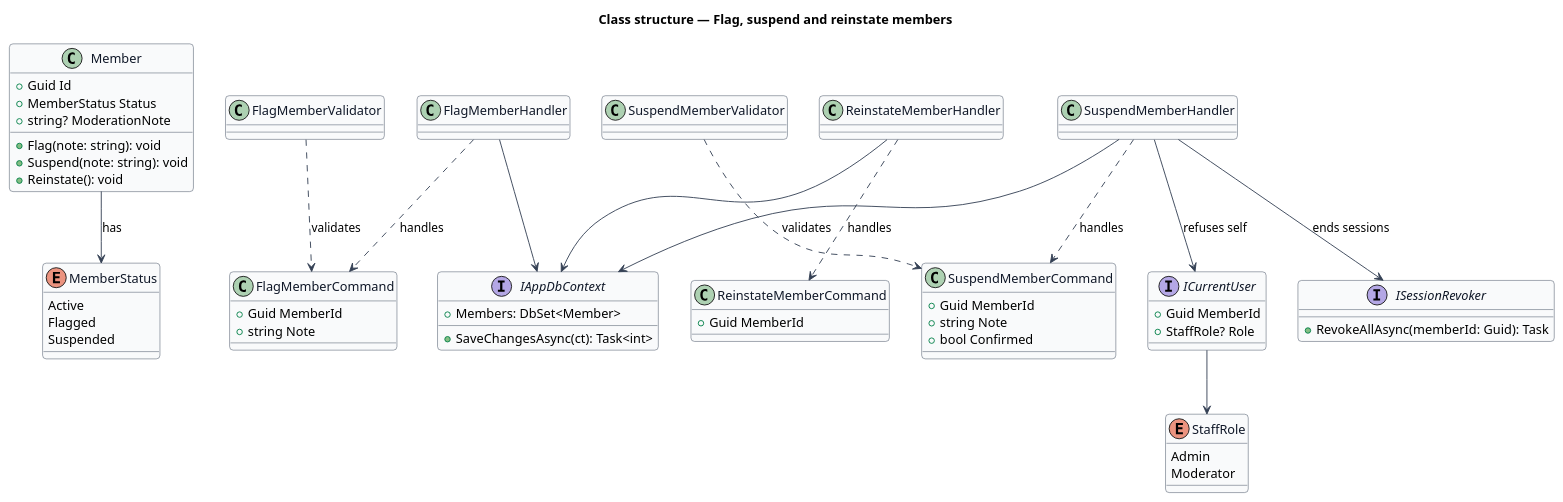
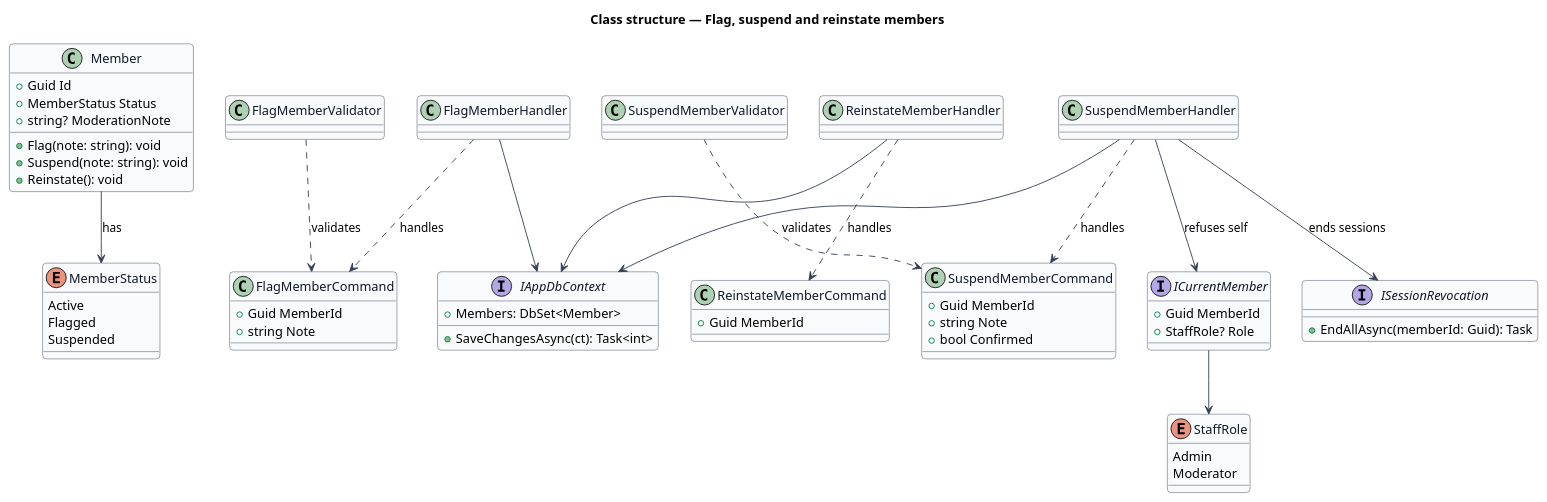
One commit to QuinntyneBrown/christian-fitness changed the diagram in docs/detailed-designs/admin-moderation/flag-suspend-reinstate-members/diagrams/class-structure.puml. Above: the diagram before and after it, drawn with PlantUML. The commit also changed 17 other files, not shown here.

First line of the commit message:
Record slice 27.1's lessons, progress and diagrams

```diff
--- a/docs/detailed-designs/admin-moderation/flag-suspend-reinstate-members/diagrams/class-structure.puml
+++ b/docs/detailed-designs/admin-moderation/flag-suspend-reinstate-members/diagrams/class-structure.puml
@@ -1,71 +1,71 @@
 @startuml
 skinparam backgroundColor #FFFFFF
 skinparam shadowing false
 skinparam roundcorner 8
 skinparam defaultFontName Arial
 skinparam ArrowColor #344054
 skinparam class {
   BorderColor #344054
   FontColor #101828
   BackgroundColor #F9FAFB
 }
 title Class structure — Flag, suspend and reinstate members
 
 enum MemberStatus {
   Active
   Flagged
   Suspended
 }
 class Member {
   +Guid Id
   +MemberStatus Status
   +string? ModerationNote
   +Flag(note: string): void
   +Suspend(note: string): void
   +Reinstate(): void
 }
 class FlagMemberCommand {
   +Guid MemberId
   +string Note
 }
 class SuspendMemberCommand {
   +Guid MemberId
   +string Note
   +bool Confirmed
 }
 class ReinstateMemberCommand {
   +Guid MemberId
 }
 class FlagMemberValidator
 class SuspendMemberValidator
 class FlagMemberHandler
 class SuspendMemberHandler
 class ReinstateMemberHandler
-interface ICurrentUser {
+interface ICurrentMember {
   +Guid MemberId
   +StaffRole? Role
 }
-interface ISessionRevoker {
-  +RevokeAllAsync(memberId: Guid): Task
+interface ISessionRevocation {
+  +EndAllAsync(memberId: Guid): Task
 }
 interface IAppDbContext {
   +Members: DbSet<Member>
   +SaveChangesAsync(ct): Task<int>
 }
 enum StaffRole {
   Admin
   Moderator
 }
 Member --> MemberStatus : has
 FlagMemberValidator ..> FlagMemberCommand : validates
 SuspendMemberValidator ..> SuspendMemberCommand : validates
 FlagMemberHandler ..> FlagMemberCommand : handles
 SuspendMemberHandler ..> SuspendMemberCommand : handles
 ReinstateMemberHandler ..> ReinstateMemberCommand : handles
-SuspendMemberHandler --> ICurrentUser : refuses self
-SuspendMemberHandler --> ISessionRevoker : ends sessions
+SuspendMemberHandler --> ICurrentMember : refuses self
+SuspendMemberHandler --> ISessionRevocation : ends sessions
 FlagMemberHandler --> IAppDbContext
 SuspendMemberHandler --> IAppDbContext
 ReinstateMemberHandler --> IAppDbContext
-ICurrentUser --> StaffRole
+ICurrentMember --> StaffRole
 @enduml
```
